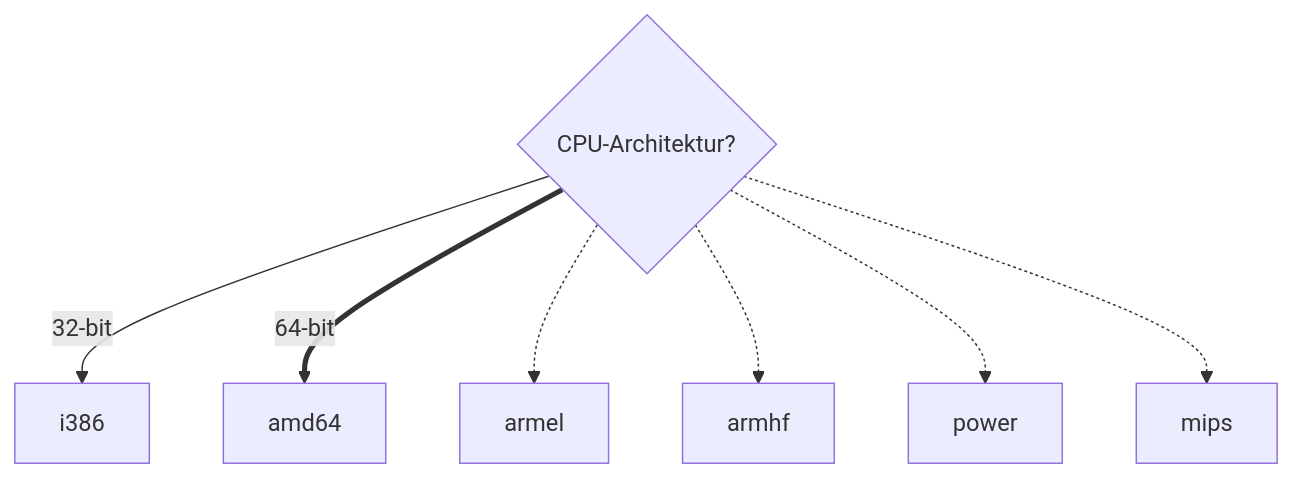
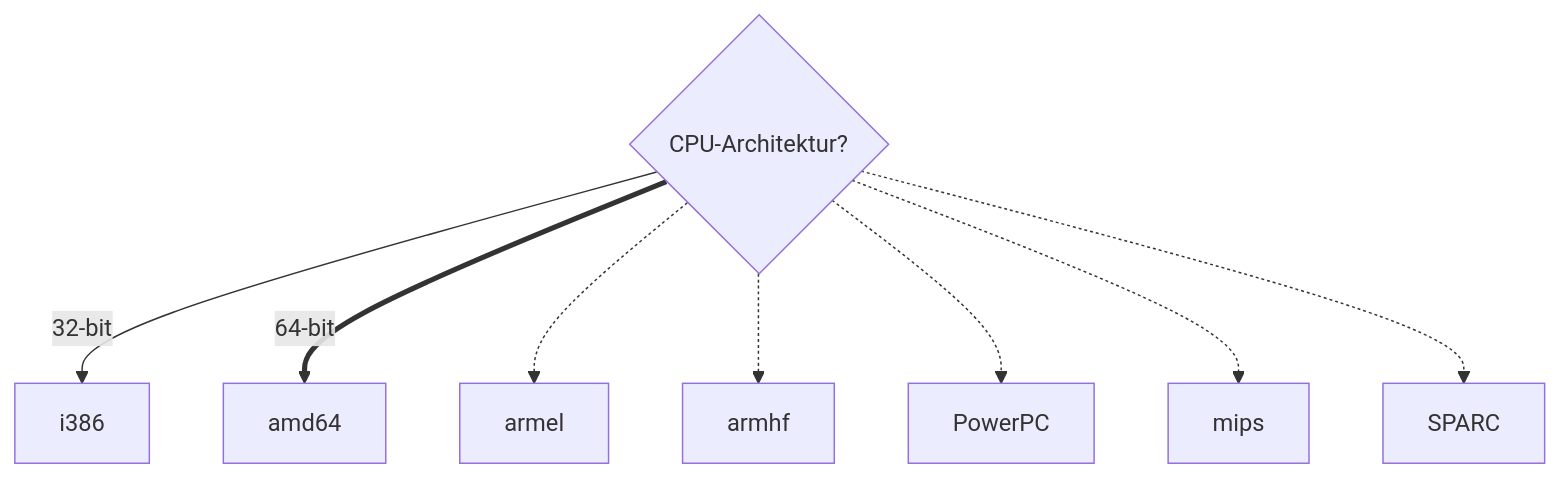
One commit to johannesloetzsch/linux-praktikum changed the second of 2 diagrams in src/installation/grundlagen/entscheidungen.md. Above: the diagram before and after it, drawn with Mermaid. The commit also changed other lines of this file and 16 other files, not shown here.

````diff
--- a/src/installation/grundlagen/entscheidungen.md
+++ b/src/installation/grundlagen/entscheidungen.md
@@ -42,10 +42,11 @@
 ```mermaid
 flowchart TD
     CPU{CPU-Architektur?}
     CPU -- 32-bit --> i386
     CPU == 64-bit ==> amd64
     CPU -.-> armel
     CPU -.-> armhf
-    CPU -.-> power
+    CPU -.-> PowerPC
     CPU -.-> mips
+    CPU -.-> SPARC
 ```
````
